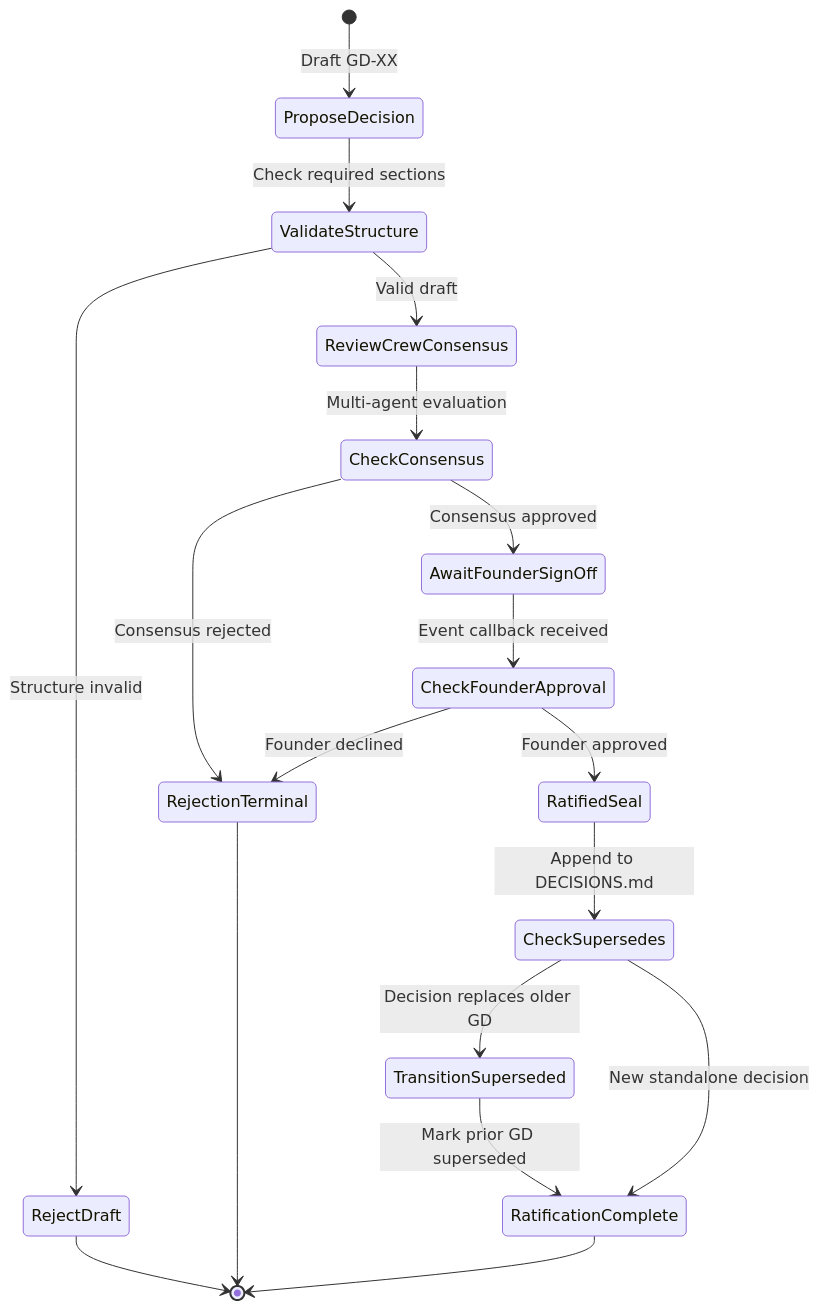
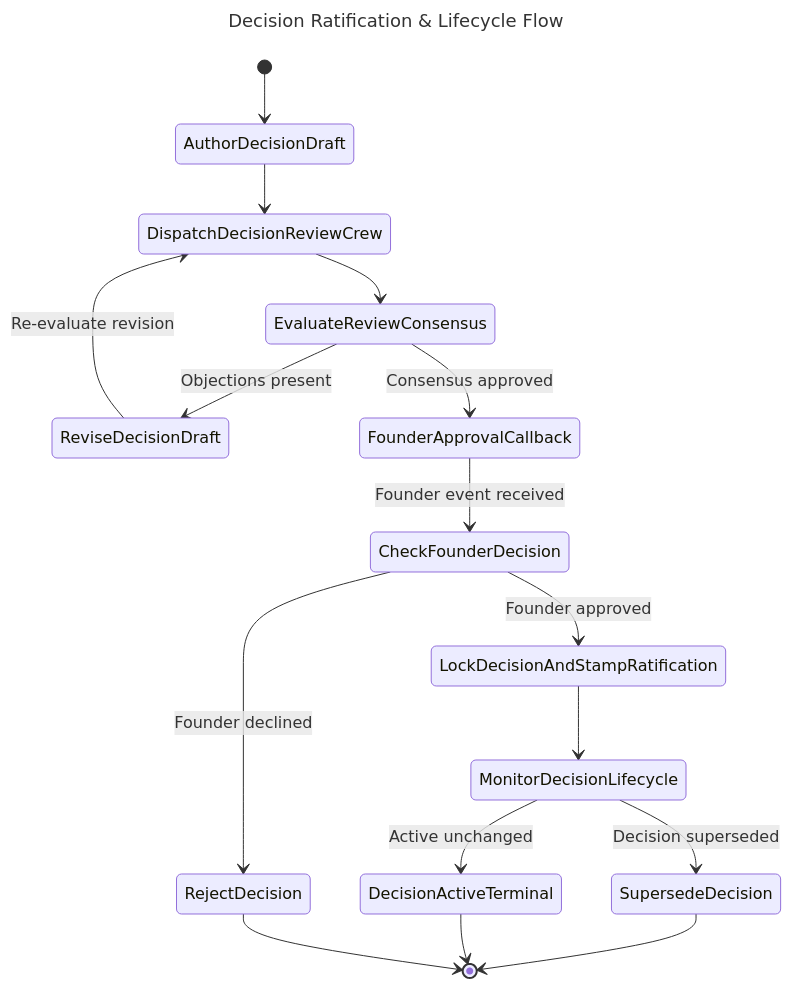
Before and after one commit to vladm3105/aidoc-flow-framework: the diagram in framework/governance/DECISION_WORKFLOW.md, drawn with Mermaid. The commit also changed other lines of this file and 198 other files, not shown here.

First line of the commit message:
feat(governance): ratify dual-layer traversal-path graph nomenclature (CHG-71, 0.88.1) (#932)

````diff
--- a/framework/governance/DECISION_WORKFLOW.md
+++ b/framework/governance/DECISION_WORKFLOW.md
@@ -146,20 +147,28 @@
 ```mermaid
+---
+title: Decision Ratification & Lifecycle Flow
+---
 stateDiagram-v2
-    [*] --> ProposeDecision: Draft GD-XX
-    ProposeDecision --> ValidateStructure: Check required sections
-    ValidateStructure --> RejectDraft: Structure invalid
-    ValidateStructure --> ReviewCrewConsensus: Valid draft
-    RejectDraft --> [*]
-    ReviewCrewConsensus --> CheckConsensus: Multi-agent evaluation
-    CheckConsensus --> RejectionTerminal: Consensus rejected
-    CheckConsensus --> AwaitFounderSignOff: Consensus approved
-    AwaitFounderSignOff --> CheckFounderApproval: Event callback received
-    CheckFounderApproval --> RejectionTerminal: Founder declined
-    CheckFounderApproval --> RatifiedSeal: Founder approved
-    RatifiedSeal --> CheckSupersedes: Append to DECISIONS.md
-    CheckSupersedes --> TransitionSuperseded: Decision replaces older GD
-    CheckSupersedes --> RatificationComplete: New standalone decision
-    TransitionSuperseded --> RatificationComplete: Mark prior GD superseded
-    RatificationComplete --> [*]
-    RejectionTerminal --> [*]
+    direction TB
+
+    [*] --> AuthorDecisionDraft
+    AuthorDecisionDraft --> DispatchDecisionReviewCrew
+    DispatchDecisionReviewCrew --> EvaluateReviewConsensus
+    
+    EvaluateReviewConsensus --> ReviseDecisionDraft: Objections present
+    ReviseDecisionDraft --> DispatchDecisionReviewCrew: Re-evaluate revision
+
+    EvaluateReviewConsensus --> FounderApprovalCallback: Consensus approved
+    FounderApprovalCallback --> CheckFounderDecision: Founder event received
+
+    CheckFounderDecision --> RejectDecision: Founder declined
+    CheckFounderDecision --> LockDecisionAndStampRatification: Founder approved
+
+    LockDecisionAndStampRatification --> MonitorDecisionLifecycle
+    MonitorDecisionLifecycle --> SupersedeDecision: Decision superseded
+    MonitorDecisionLifecycle --> DecisionActiveTerminal: Active unchanged
+
+    SupersedeDecision --> [*]
+    DecisionActiveTerminal --> [*]
+    RejectDecision --> [*]
 ```
````
